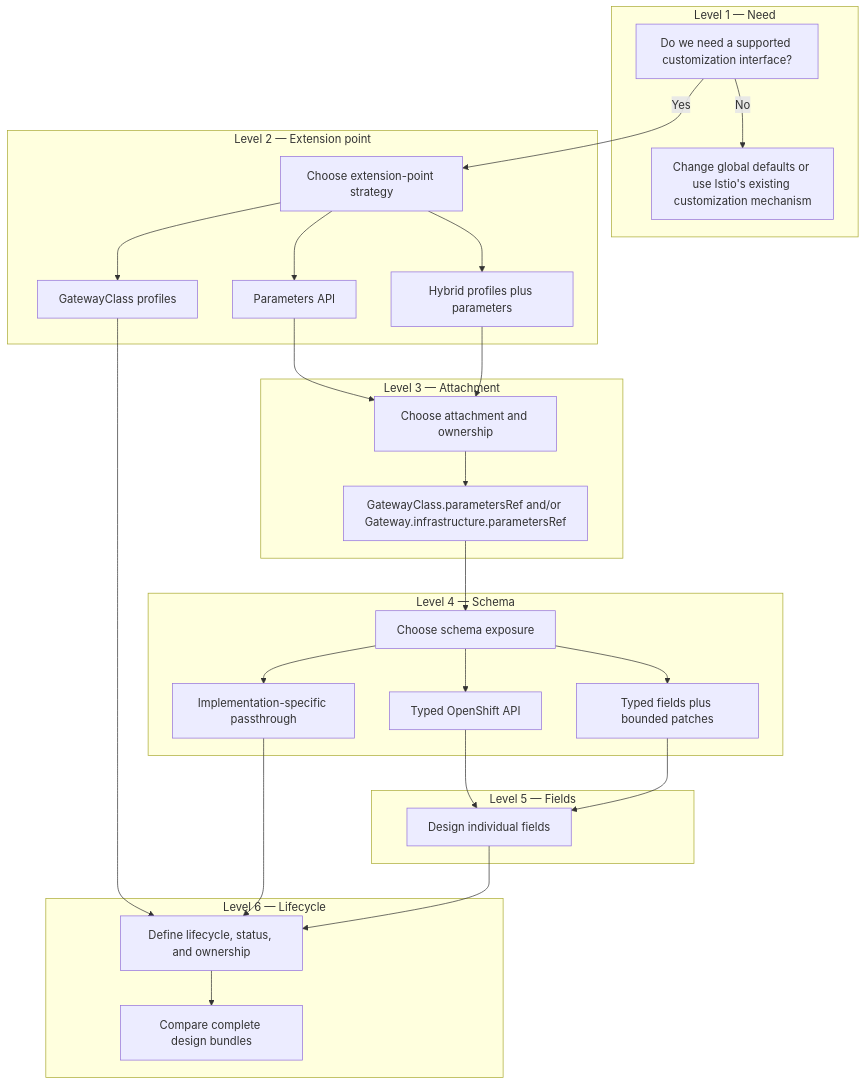
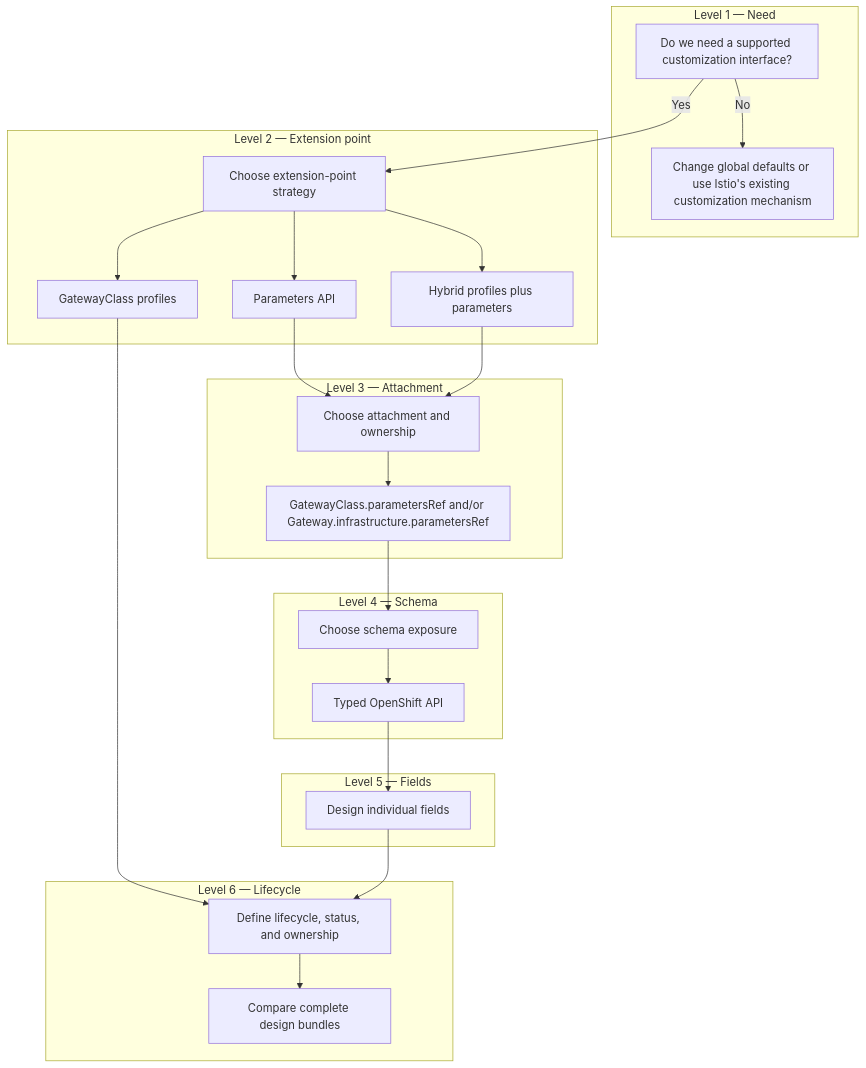
The diagram in docs/gateway-customization/decision-framework.md (gcs278/cluster-ingress-operator), drawn with Mermaid before and after one commit. The commit also changed other lines of this file and 4 other files, not shown here.

````diff
--- a/docs/gateway-customization/decision-framework.md
+++ b/docs/gateway-customization/decision-framework.md
@@ -5,54 +5,48 @@
 ```mermaid
 flowchart TD
     subgraph L1["Level 1 — Need"]
         A[Do we need a supported customization interface?]
         B[Change global defaults or use Istio's existing customization mechanism]
         A -->|No| B
     end
 
     subgraph L2["Level 2 — Extension point"]
         C[Choose extension-point strategy]
         D[Parameters API]
         E[GatewayClass profiles]
         F[Hybrid profiles plus parameters]
         C --> D
         C --> E
         C --> F
     end
 
     subgraph L3["Level 3 — Attachment"]
         G[Choose attachment and ownership]
         H[GatewayClass.parametersRef and/or Gateway.infrastructure.parametersRef]
         G --> H
     end
 
     subgraph L4["Level 4 — Schema"]
         I[Choose schema exposure]
         J[Typed OpenShift API]
-        K[Implementation-specific passthrough]
-        L[Typed fields plus bounded patches]
         I --> J
-        I --> K
-        I --> L
     end
 
     subgraph L5["Level 5 — Fields"]
         M[Design individual fields]
     end
 
     subgraph L6["Level 6 — Lifecycle"]
         N[Define lifecycle, status, and ownership]
         O[Compare complete design bundles]
         N --> O
     end
 
     A -->|Yes| C
     D --> G
     F --> G
     E --> N
     H --> I
     J --> M
-    L --> M
-    K --> N
     M --> N
 ```
````
